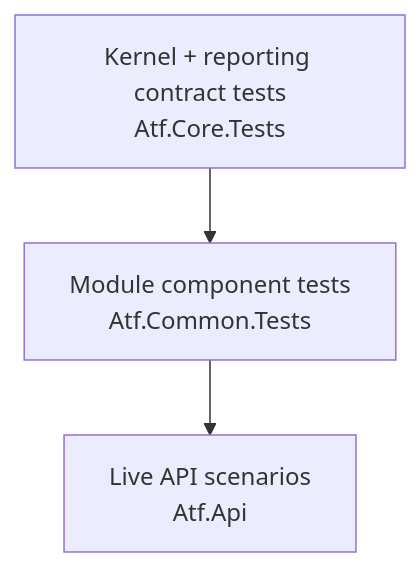
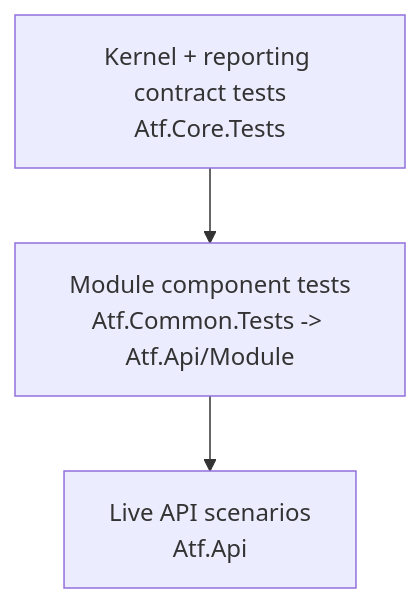
One commit to crististefanita/CS1 changed the third of 4 diagrams in Atf.Tests/README.md. Above: the diagram before and after it, drawn with Mermaid. The commit also changed other lines of this file and 210 other files, not shown here.

````diff
--- a/Atf.Tests/README.md
+++ b/Atf.Tests/README.md
@@ -133,7 +212,7 @@
 ```mermaid
 flowchart TB
     L[Live API scenarios\nAtf.Api]
-    C[Module component tests\nAtf.Common.Tests]
+    C[Module component tests\nAtf.Common.Tests -> Atf.Api/Module]
     U[Kernel + reporting contract tests\nAtf.Core.Tests]
     U --> C --> L
 ```
````
